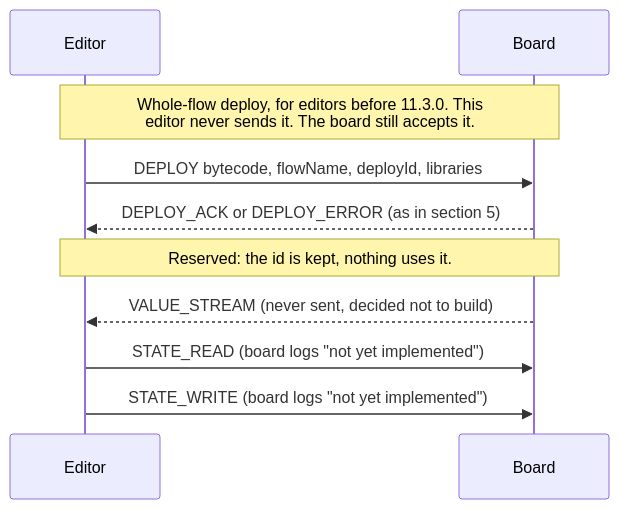
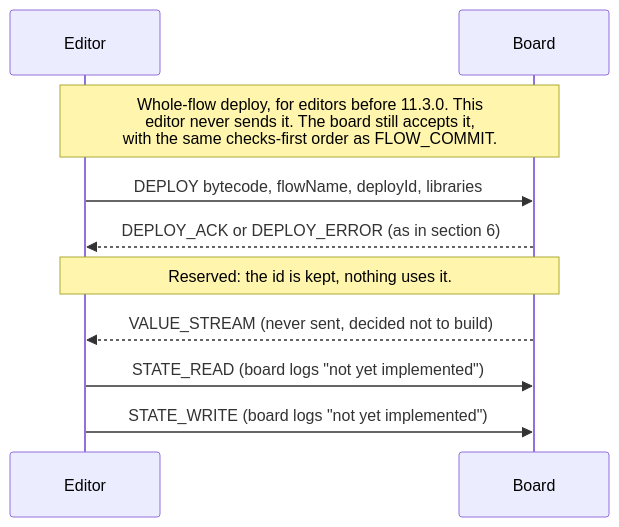
Before and after one commit to mkarliner/ThingStudio: diagram 11 of 11 in interfaces/protocol/SEQUENCES.md, drawn with Mermaid. The commit also changed other lines of this file and 8 other files, not shown here.

First line of the commit message:
docs: protocol diagrams, coverage, decisions and follow-up review for SPEC §7

````diff
--- a/interfaces/protocol/SEQUENCES.md
+++ b/interfaces/protocol/SEQUENCES.md
@@ -334,12 +338,12 @@
 ```mermaid
 sequenceDiagram
     participant E as Editor
     participant B as Board
-    Note over E,B: Whole-flow deploy, for editors before 11.3.0. This<br/>editor never sends it. The board still accepts it.
+    Note over E,B: Whole-flow deploy, for editors before 11.3.0. This<br/>editor never sends it. The board still accepts it,<br/>with the same checks-first order as FLOW_COMMIT.
     E->>B: DEPLOY bytecode, flowName, deployId, libraries
-    B-->>E: DEPLOY_ACK or DEPLOY_ERROR (as in section 5)
+    B-->>E: DEPLOY_ACK or DEPLOY_ERROR (as in section 6)
     Note over E,B: Reserved: the id is kept, nothing uses it.
     B-->>E: VALUE_STREAM (never sent, decided not to build)
     E->>B: STATE_READ (board logs "not yet implemented")
     E->>B: STATE_WRITE (board logs "not yet implemented")
 ```
````
